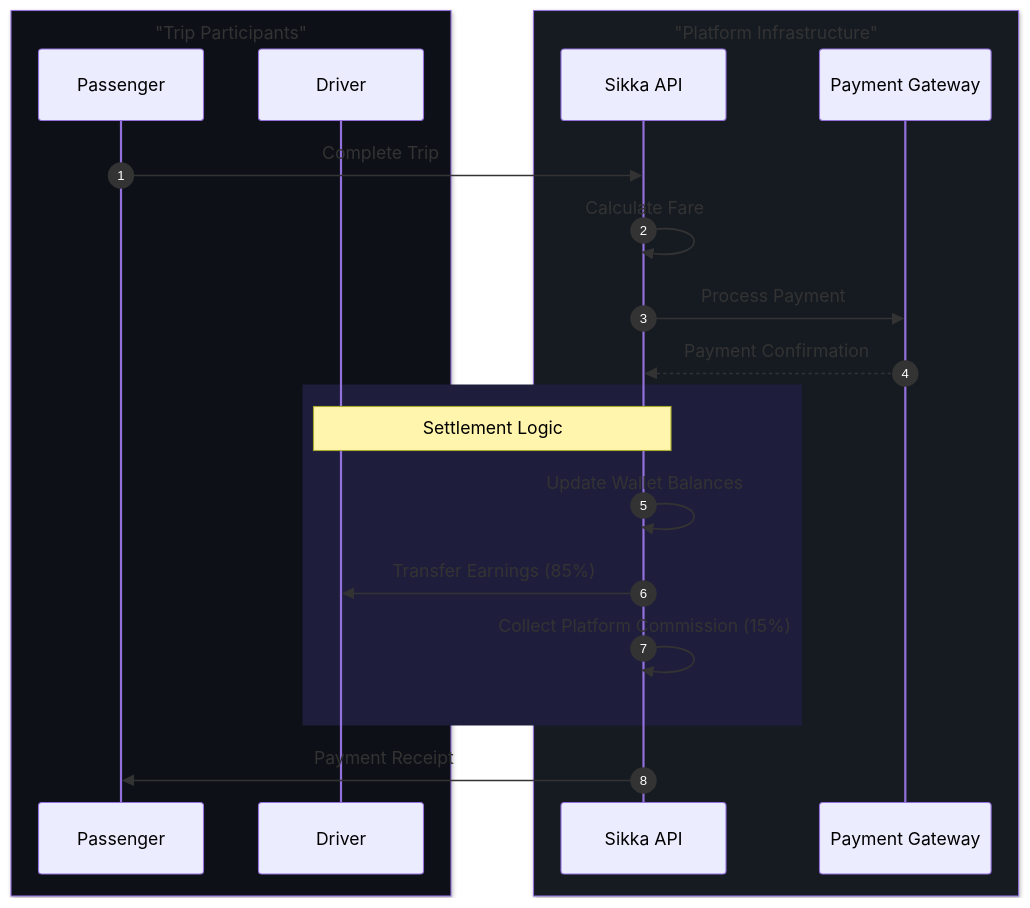
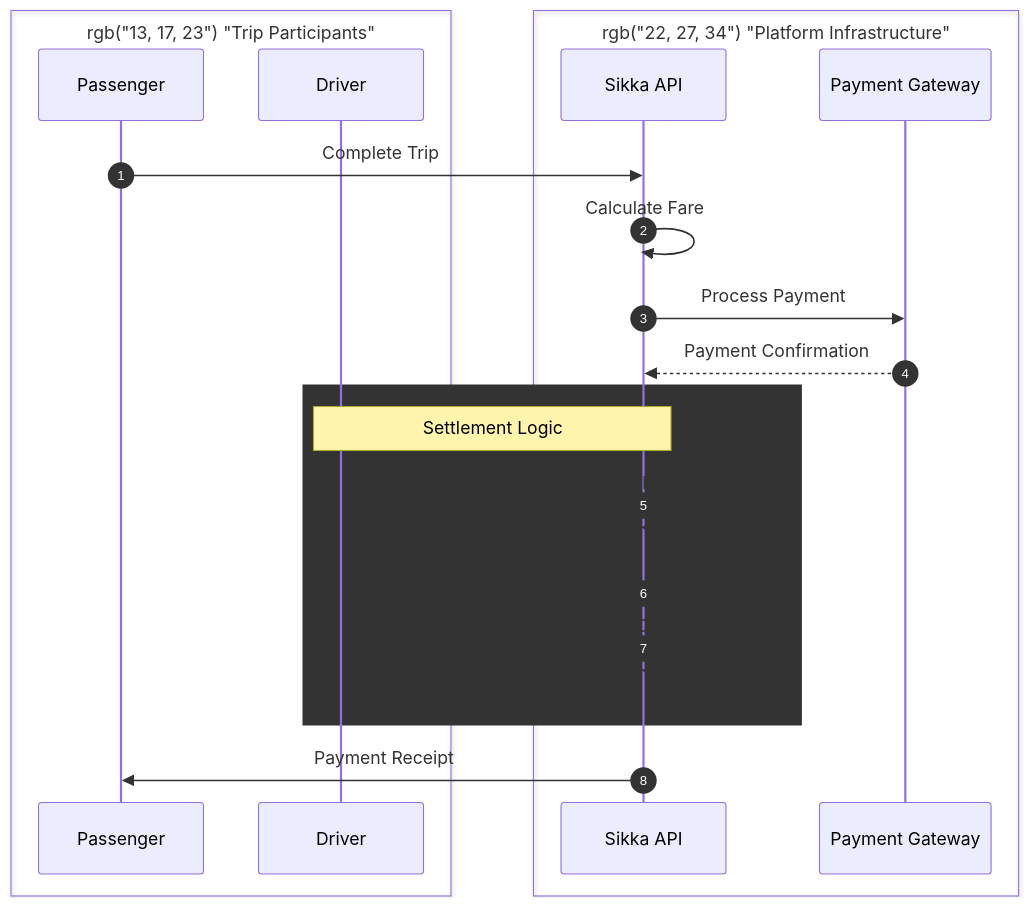
Before and after one commit to abdoElHodaky/transportapp: the second of 2 diagrams in README.md, drawn with Mermaid. The commit also changed other lines of this file and 10 other files, not shown here.

````diff
--- a/README.md
+++ b/README.md
@@ -241,30 +261,31 @@
 ```mermaid
 sequenceDiagram
     autonumber
 
-    %% Box allows background styling for groups of participants
-    box rgb(13, 17, 23) "Trip Participants"
+    %%  Box allows background styling for groups of participants
+    box rgb("13, 17, 23") "Trip Participants"
         participant P as Passenger
         participant D as Driver
     end
     
-    box rgb(22, 27, 34) "Platform Infrastructure"
+    box rgb("22, 27, 34") "Platform Infrastructure"
         participant S as Sikka API
         participant G as Payment Gateway
     end
 
     P->>S: Complete Trip
     S->>S: Calculate Fare
     S->>G: Process Payment
     G-->>S: Payment Confirmation
 
-    %% Highlighting the logic section with a styled rectangle
-    rect rgb(30, 30, 60)
+    %%  Highlighting the logic section with a styled rectangle
+    rect rgb("30, 30, 60")
         Note over S, D: Settlement Logic
         S->>S: Update Wallet Balances
         S->>D: Transfer Earnings (85%)
         S->>S: Collect Platform Commission (15%)
     end
 
     S->>P: Payment Receipt
+
 ```
````
